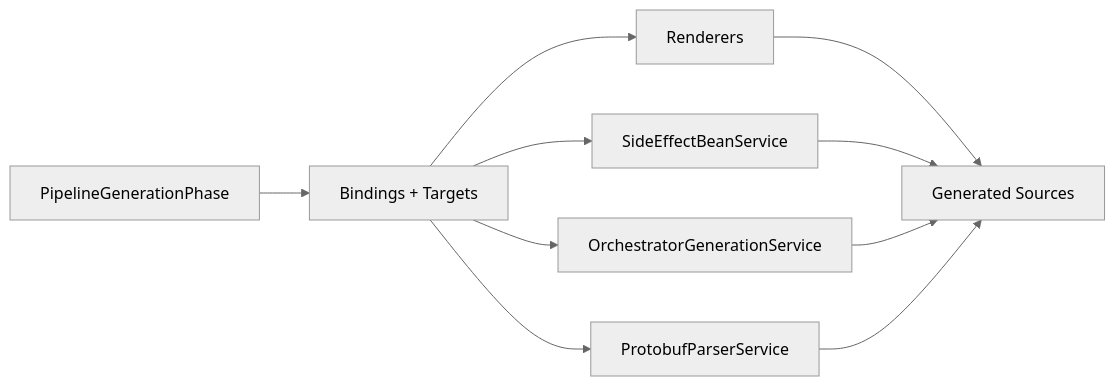
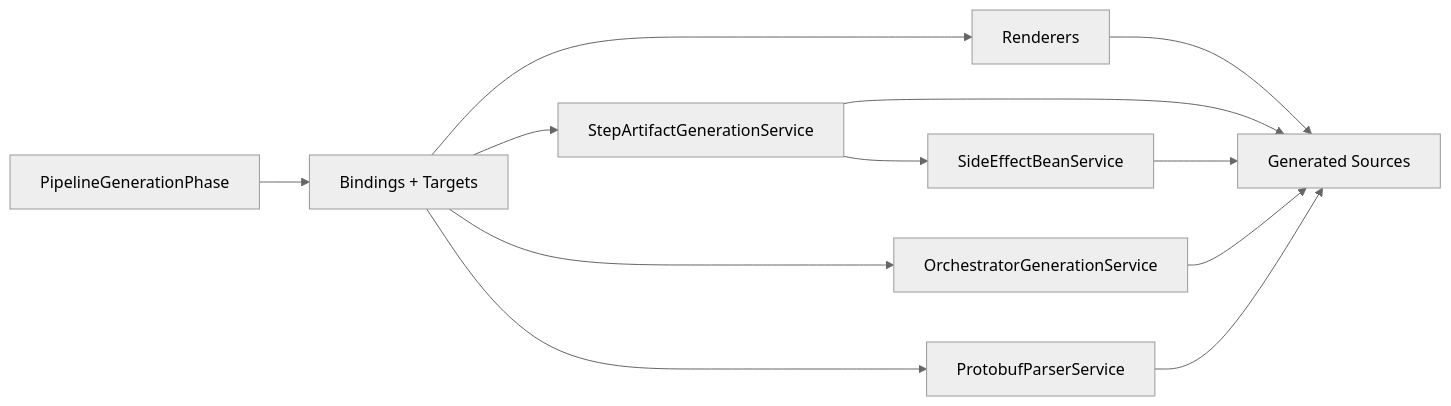
The diagram in docs/guide/evolve/annotation-processor/current-architecture.md (The-Pipeline-Framework/pipelineframework), drawn with Mermaid (neutral theme) before and after one commit. The commit also changed other lines of this file and 1 other file, not shown here.

Commit message:
Update annotation-processor docs for refactored phase collaborators

````diff
--- a/docs/guide/evolve/annotation-processor/current-architecture.md
+++ b/docs/guide/evolve/annotation-processor/current-architecture.md
@@ -48,12 +56,14 @@
 ```mermaid
 flowchart LR
     A["PipelineGenerationPhase"] --> B["Bindings + Targets"]
     B --> C["Renderers"]
-    B --> D["SideEffectBeanService"]
-    B --> E["OrchestratorGenerationService"]
-    B --> F["ProtobufParserService"]
-    C --> G["Generated Sources"]
-    D --> G
-    E --> G
-    F --> G
+    B --> D["StepArtifactGenerationService"]
+    D --> E["SideEffectBeanService"]
+    B --> F["OrchestratorGenerationService"]
+    B --> G["ProtobufParserService"]
+    C --> H["Generated Sources"]
+    D --> H
+    E --> H
+    F --> H
+    G --> H
 ```
````
